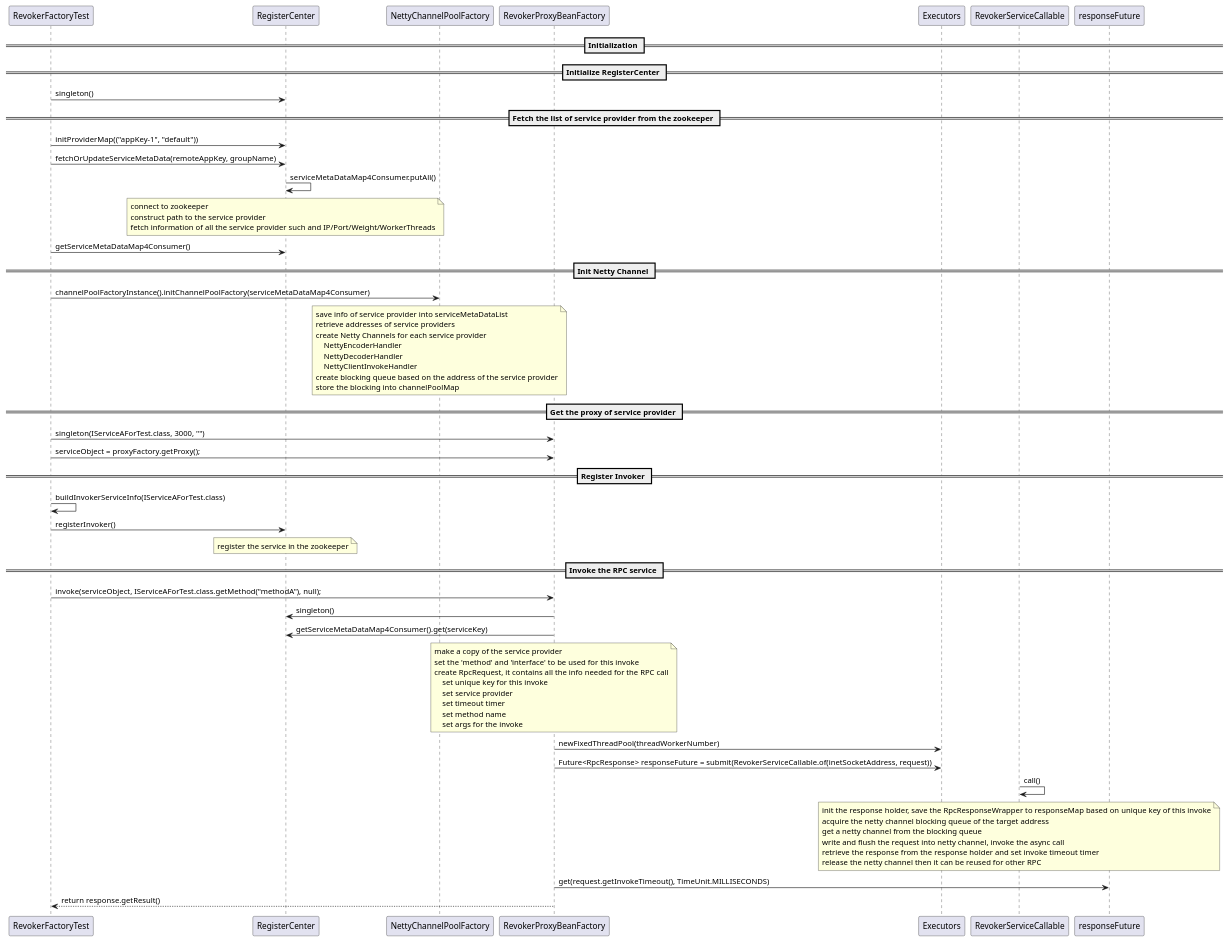
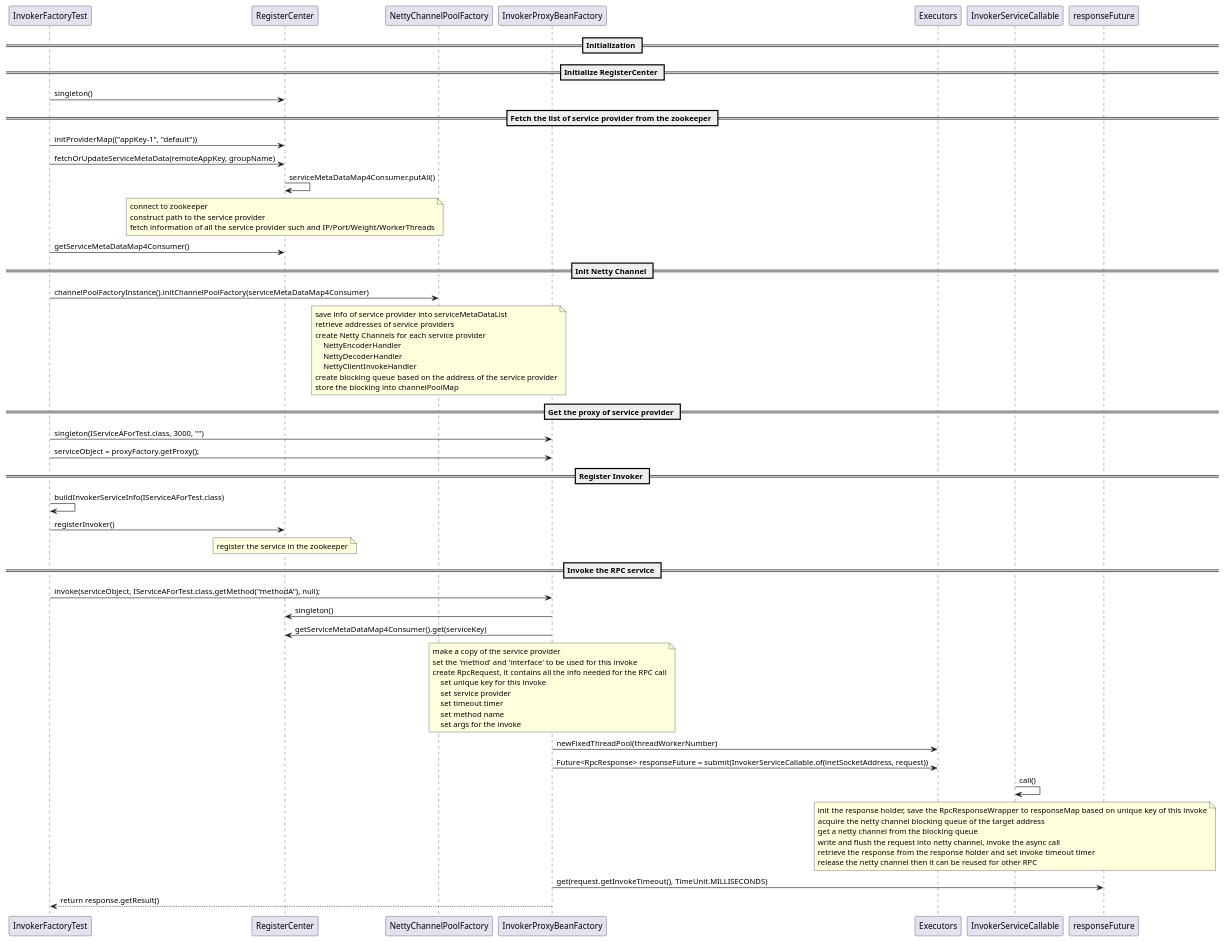
Before and after one commit to ya-ming/rpc: the diagram in rpc-framework/rpc-framework-msc-client.puml, drawn with PlantUML. The commit also changed 29 other files, not shown here.

```diff
--- a/rpc-framework/rpc-framework-msc-client.puml
+++ b/rpc-framework/rpc-framework-msc-client.puml
@@ -1,70 +1,70 @@
 @startuml
 == Initialization ==
 
 == Initialize RegisterCenter ==
-RevokerFactoryTest -> RegisterCenter: singleton()
+InvokerFactoryTest -> RegisterCenter: singleton()
 
 == Fetch the list of service provider from the zookeeper ==
 
-RevokerFactoryTest -> RegisterCenter: initProviderMap(("appKey-1", "default"))
-RevokerFactoryTest -> RegisterCenter: fetchOrUpdateServiceMetaData(remoteAppKey, groupName)
+InvokerFactoryTest -> RegisterCenter: initProviderMap(("appKey-1", "default"))
+InvokerFactoryTest -> RegisterCenter: fetchOrUpdateServiceMetaData(remoteAppKey, groupName)
 RegisterCenter -> RegisterCenter: serviceMetaDataMap4Consumer.putAll()
 note over RegisterCenter
     connect to zookeeper
     construct path to the service provider
     fetch information of all the service provider such and IP/Port/Weight/WorkerThreads
 end note
 
-RevokerFactoryTest -> RegisterCenter: getServiceMetaDataMap4Consumer()
+InvokerFactoryTest -> RegisterCenter: getServiceMetaDataMap4Consumer()
 
 == Init Netty Channel ==
-RevokerFactoryTest -> NettyChannelPoolFactory: channelPoolFactoryInstance().initChannelPoolFactory(serviceMetaDataMap4Consumer)
+InvokerFactoryTest -> NettyChannelPoolFactory: channelPoolFactoryInstance().initChannelPoolFactory(serviceMetaDataMap4Consumer)
 note over NettyChannelPoolFactory
     save info of service provider into serviceMetaDataList
     retrieve addresses of service providers
     create Netty Channels for each service provider
         NettyEncoderHandler
         NettyDecoderHandler
         NettyClientInvokeHandler
     create blocking queue based on the address of the service provider
     store the blocking into channelPoolMap
 end note
 == Get the proxy of service provider ==
-RevokerFactoryTest -> RevokerProxyBeanFactory: singleton(IServiceAForTest.class, 3000, "")
-RevokerFactoryTest -> RevokerProxyBeanFactory: serviceObject = proxyFactory.getProxy();
+InvokerFactoryTest -> InvokerProxyBeanFactory: singleton(IServiceAForTest.class, 3000, "")
+InvokerFactoryTest -> InvokerProxyBeanFactory: serviceObject = proxyFactory.getProxy();
 
 == Register Invoker ==
-RevokerFactoryTest -> RevokerFactoryTest: buildInvokerServiceInfo(IServiceAForTest.class)
-RevokerFactoryTest -> RegisterCenter: registerInvoker()
+InvokerFactoryTest -> InvokerFactoryTest: buildInvokerServiceInfo(IServiceAForTest.class)
+InvokerFactoryTest -> RegisterCenter: registerInvoker()
 note over RegisterCenter: register the service in the zookeeper
 
 == Invoke the RPC service ==
-RevokerFactoryTest -> RevokerProxyBeanFactory: invoke(serviceObject, IServiceAForTest.class.getMethod("methodA"), null);
-RevokerProxyBeanFactory -> RegisterCenter: singleton()
-RevokerProxyBeanFactory -> RegisterCenter: getServiceMetaDataMap4Consumer().get(serviceKey)
-note over RevokerProxyBeanFactory
+InvokerFactoryTest -> InvokerProxyBeanFactory: invoke(serviceObject, IServiceAForTest.class.getMethod("methodA"), null);
+InvokerProxyBeanFactory -> RegisterCenter: singleton()
+InvokerProxyBeanFactory -> RegisterCenter: getServiceMetaDataMap4Consumer().get(serviceKey)
+note over InvokerProxyBeanFactory
     make a copy of the service provider
     set the 'method' and 'interface' to be used for this invoke
     create RpcRequest, it contains all the info needed for the RPC call
         set unique key for this invoke
         set service provider
         set timeout timer
         set method name
         set args for the invoke
 end note
 
-RevokerProxyBeanFactory -> Executors: newFixedThreadPool(threadWorkerNumber)
-RevokerProxyBeanFactory -> Executors: Future<RpcResponse> responseFuture = submit(RevokerServiceCallable.of(inetSocketAddress, request))
+InvokerProxyBeanFactory -> Executors: newFixedThreadPool(threadWorkerNumber)
+InvokerProxyBeanFactory -> Executors: Future<RpcResponse> responseFuture = submit(InvokerServiceCallable.of(inetSocketAddress, request))
 
-RevokerServiceCallable -> RevokerServiceCallable: call()
-note over RevokerServiceCallable
+InvokerServiceCallable -> InvokerServiceCallable: call()
+note over InvokerServiceCallable
     init the response holder, save the RpcResponseWrapper to responseMap based on unique key of this invoke
     acquire the netty channel blocking queue of the target address
     get a netty channel from the blocking queue
     write and flush the request into netty channel, invoke the async call
     retrieve the response from the response holder and set invoke timeout timer
     release the netty channel then it can be reused for other RPC
 end note
-RevokerProxyBeanFactory -> responseFuture: get(request.getInvokeTimeout(), TimeUnit.MILLISECONDS)
-RevokerProxyBeanFactory --> RevokerFactoryTest: return response.getResult()
+InvokerProxyBeanFactory -> responseFuture: get(request.getInvokeTimeout(), TimeUnit.MILLISECONDS)
+InvokerProxyBeanFactory --> InvokerFactoryTest: return response.getResult()
 @enduml
```
